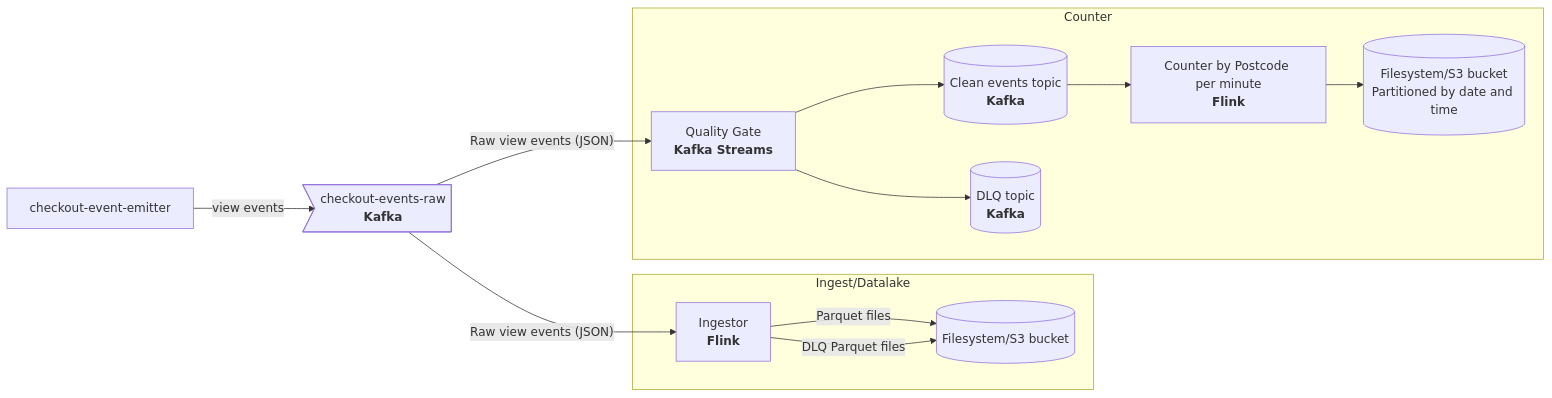
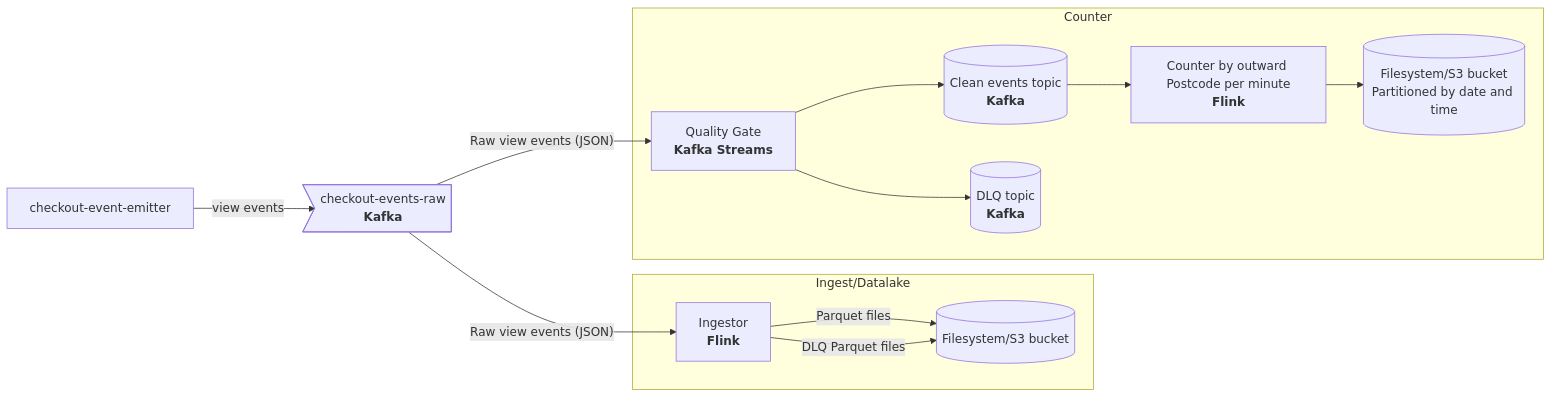
One commit to inigoillan/checkout-interview changed the diagram in architecture.md. Above: the diagram before and after it, drawn with Mermaid. The commit also changed 6 other files, not shown here.

Commit message:
Updated the count to use outward postcode only

````diff
--- a/architecture.md
+++ b/architecture.md
@@ -5,31 +5,31 @@
 ```mermaid
 flowchart LR
   Emitter["checkout-event-emitter"]
   KafkaRaw>"checkout-events-raw<br/><b>Kafka</b>"]
 
   Emitter -->|"view events"| KafkaRaw
   
   subgraph Ingest/Datalake
     Ingestor["Ingestor<br/><b>Flink</b>"]
     LakeRaw[("Filesystem/S3 bucket")]
   end
   
   KafkaRaw -->|"Raw view events (JSON)"| Ingestor
   Ingestor -->|"Parquet files"| LakeRaw
   Ingestor -->|"DLQ Parquet files"| LakeRaw
 
   subgraph Counter
     QG["Quality Gate<br/><b>Kafka Streams</b>"]
     CleanTopic[("Clean events topic<br/><b>Kafka</b>")]
     DLQ[("DLQ topic<br/><b>Kafka</b>")]
-    Count["Counter by Postcode per minute<br/><b>Flink</b>"]
+    Count["Counter by outward Postcode per minute<br/><b>Flink</b>"]
     LakeAgg[("Filesystem/S3 bucket</br>Partitioned by date and time")]
   end
   
   KafkaRaw -->|"Raw view events (JSON)"| QG
   QG --> DLQ
   QG --> CleanTopic
 
   CleanTopic --> Count
   Count --> LakeAgg
 ```
````
